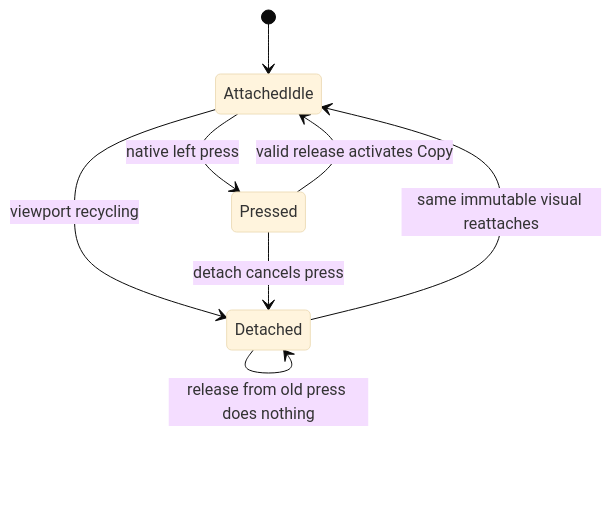
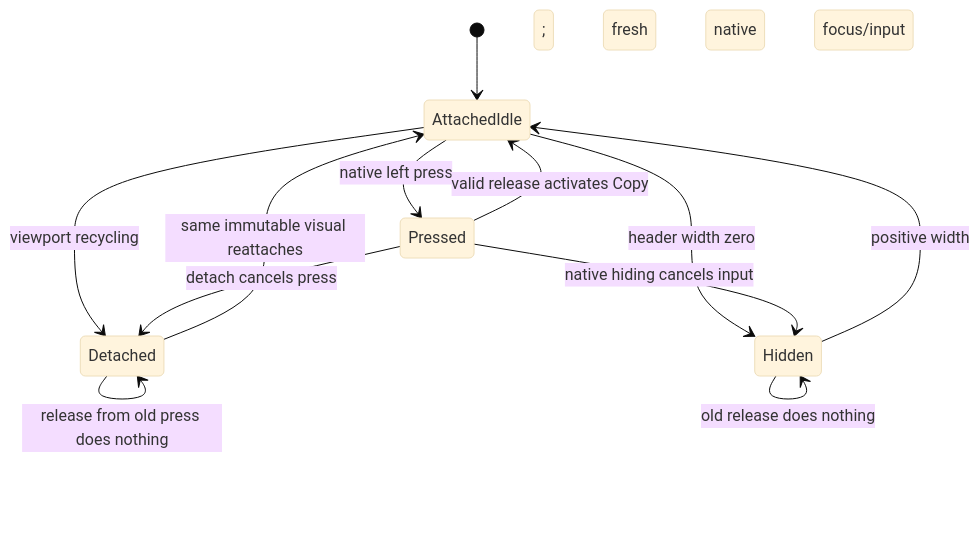
One commit to katasec/mission-control-language changed the fourth of 4 diagrams in docs/phases/phase-70.1-text-interaction-foundation.md. Above: the diagram before and after it, drawn with Mermaid (base theme). The commit also changed other lines of this file and 6 other files, not shown here.

````diff
--- a/docs/phases/phase-70.1-text-interaction-foundation.md
+++ b/docs/phases/phase-70.1-text-interaction-foundation.md
@@ -248,10 +249,14 @@
 ```mermaid
 stateDiagram-v2
     [*] --> AttachedIdle
     AttachedIdle --> Pressed: native left press
     Pressed --> AttachedIdle: valid release activates Copy
     AttachedIdle --> Detached: viewport recycling
     Pressed --> Detached: detach cancels press
     Detached --> AttachedIdle: same immutable visual reattaches
     Detached --> Detached: release from old press does nothing
+    AttachedIdle --> Hidden: header width zero
+    Pressed --> Hidden: native hiding cancels input
+    Hidden --> AttachedIdle: positive width; fresh native focus/input
+    Hidden --> Hidden: old release does nothing
 ```
````
